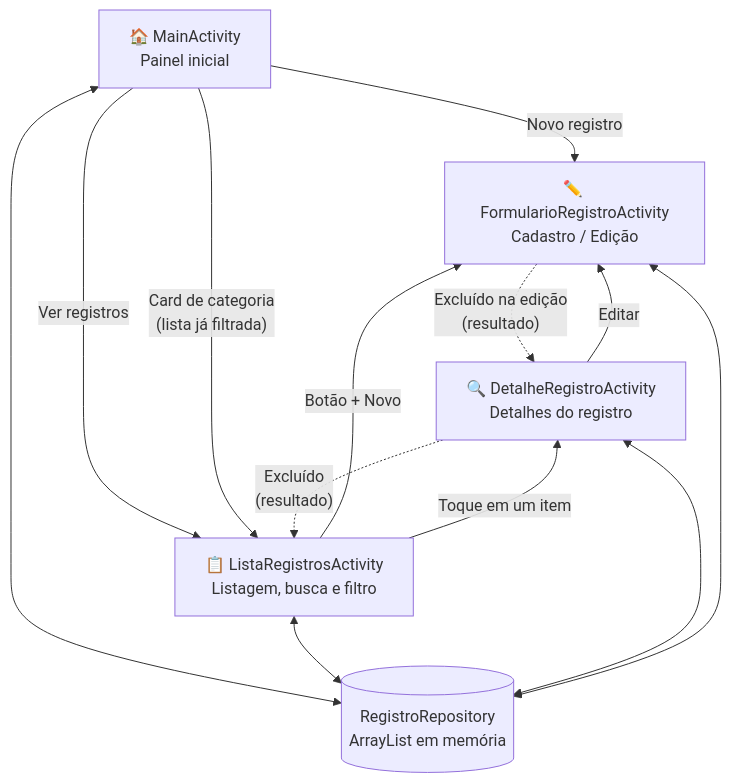
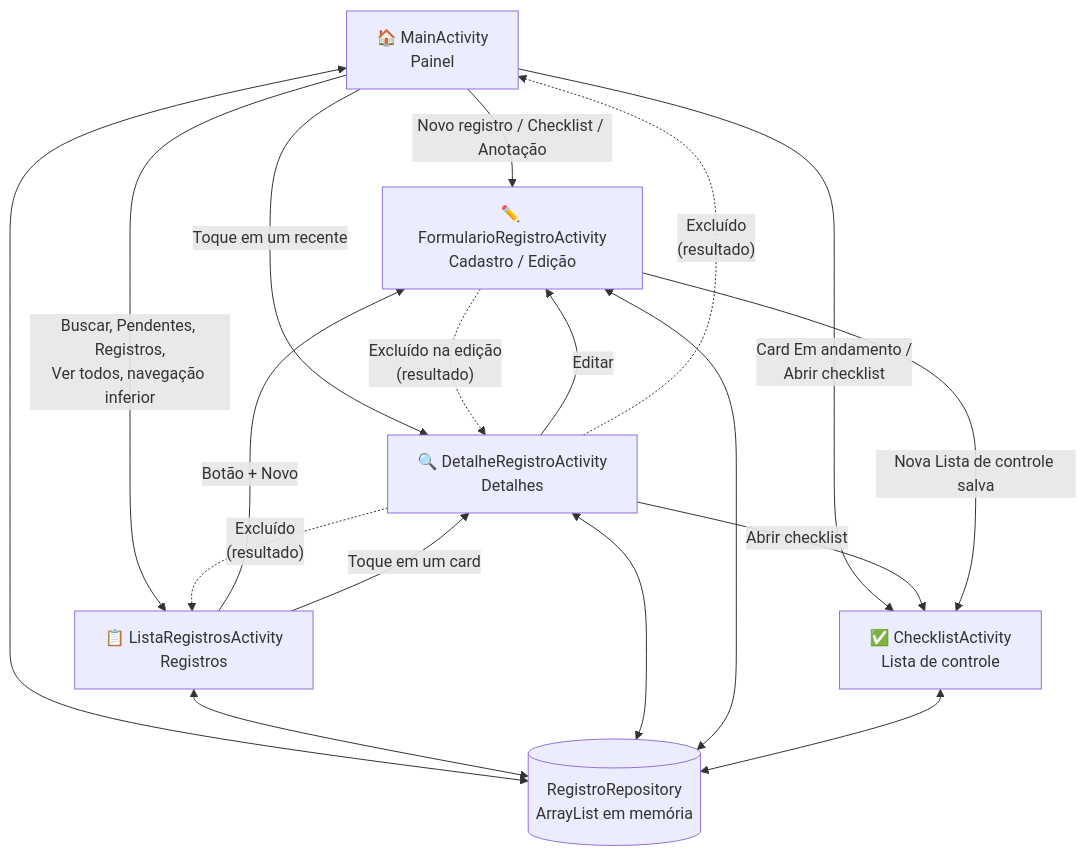
One commit to GuiAlvesor/TIN2_grupo2_devmobile_projfinal changed the diagram in docs/FLUXO.md. Above: the diagram before and after it, drawn with Mermaid. The commit also changed other lines of this file and 77 other files, not shown here.

First line of the commit message:
Redesign vermelho/branco/preto e nova tela de checklist

````diff
--- a/docs/FLUXO.md
+++ b/docs/FLUXO.md
@@ -15,19 +15,24 @@
 ```mermaid
 flowchart TD
-    M["🏠 MainActivity<br/>Painel inicial"]
-    L["📋 ListaRegistrosActivity<br/>Listagem, busca e filtro"]
-    D["🔍 DetalheRegistroActivity<br/>Detalhes do registro"]
+    M["🏠 MainActivity<br/>Painel"]
+    L["📋 ListaRegistrosActivity<br/>Registros"]
+    D["🔍 DetalheRegistroActivity<br/>Detalhes"]
     F["✏️ FormularioRegistroActivity<br/>Cadastro / Edição"]
+    C["✅ ChecklistActivity<br/>Lista de controle"]
     R[("RegistroRepository<br/>ArrayList em memória")]
 
-    M -- "Novo registro" --> F
-    M -- "Ver registros" --> L
-    M -- "Card de categoria<br/>(lista já filtrada)" --> L
+    M -- "Novo registro / Checklist / Anotação" --> F
+    M -- "Buscar, Pendentes, Registros,<br/>Ver todos, navegação inferior" --> L
+    M -- "Card Em andamento /<br/>Abrir checklist" --> C
+    M -- "Toque em um recente" --> D
     L -- "Botão + Novo" --> F
-    L -- "Toque em um item" --> D
+    L -- "Toque em um card" --> D
     D -- "Editar" --> F
+    D -- "Abrir checklist" --> C
+    F -- "Nova Lista de controle salva" --> C
     D -. "Excluído<br/>(resultado)" .-> L
+    D -. "Excluído<br/>(resultado)" .-> M
     F -. "Excluído na edição<br/>(resultado)" .-> D
 
-    M & L & D & F <--> R
+    M & L & D & F & C <--> R
 ```
````
